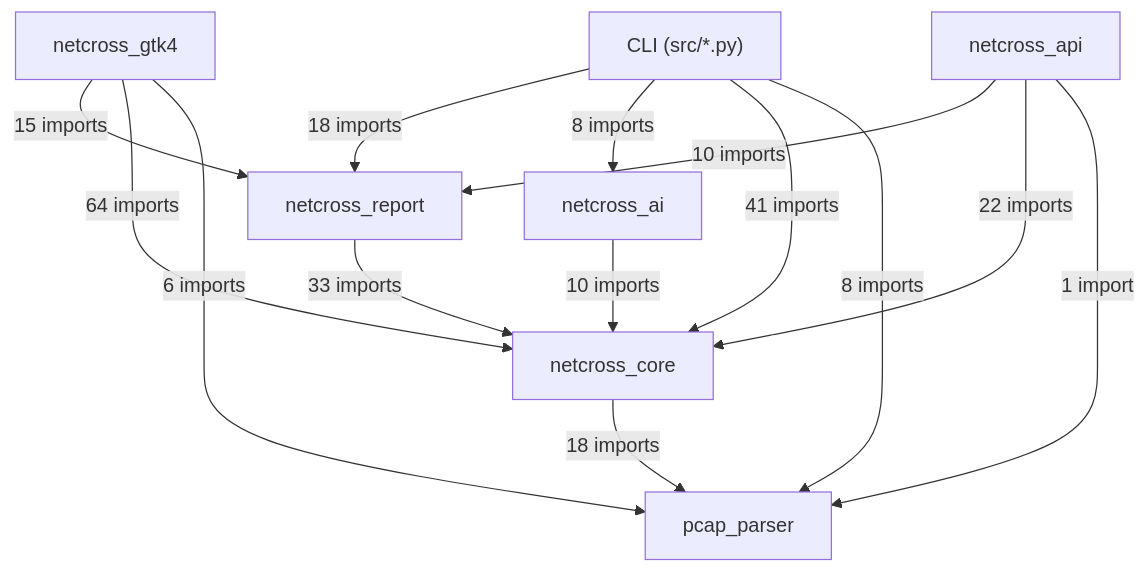
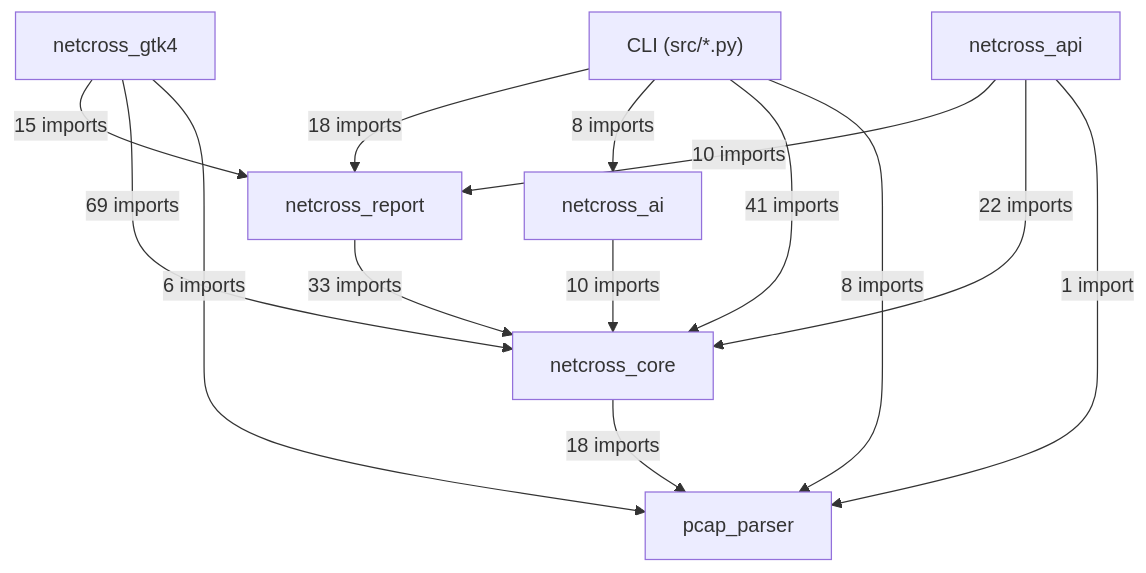
The first of 19 diagrams in docs/class-diagram.md (Mathide-Team/Netcross), drawn with Mermaid before and after one commit. The commit also changed other lines of this file and 9 other files, not shown here.

````diff
--- a/docs/class-diagram.md
+++ b/docs/class-diagram.md
@@ -26,23 +26,23 @@
 ```mermaid
 flowchart TD
     CLI["CLI (src/*.py)"]
     netcross_gtk4["netcross_gtk4"]
     netcross_api["netcross_api"]
     netcross_report["netcross_report"]
     netcross_ai["netcross_ai"]
     netcross_core["netcross_core"]
     pcap_parser["pcap_parser"]
     CLI -->|"18 imports"| netcross_report
     CLI -->|"8 imports"| netcross_ai
     CLI -->|"41 imports"| netcross_core
     CLI -->|"8 imports"| pcap_parser
     netcross_gtk4 -->|"15 imports"| netcross_report
-    netcross_gtk4 -->|"64 imports"| netcross_core
+    netcross_gtk4 -->|"69 imports"| netcross_core
     netcross_gtk4 -->|"6 imports"| pcap_parser
     netcross_api -->|"10 imports"| netcross_report
     netcross_api -->|"22 imports"| netcross_core
     netcross_api -->|"1 import"| pcap_parser
     netcross_report -->|"33 imports"| netcross_core
     netcross_ai -->|"10 imports"| netcross_core
     netcross_core -->|"18 imports"| pcap_parser
 ```
````
